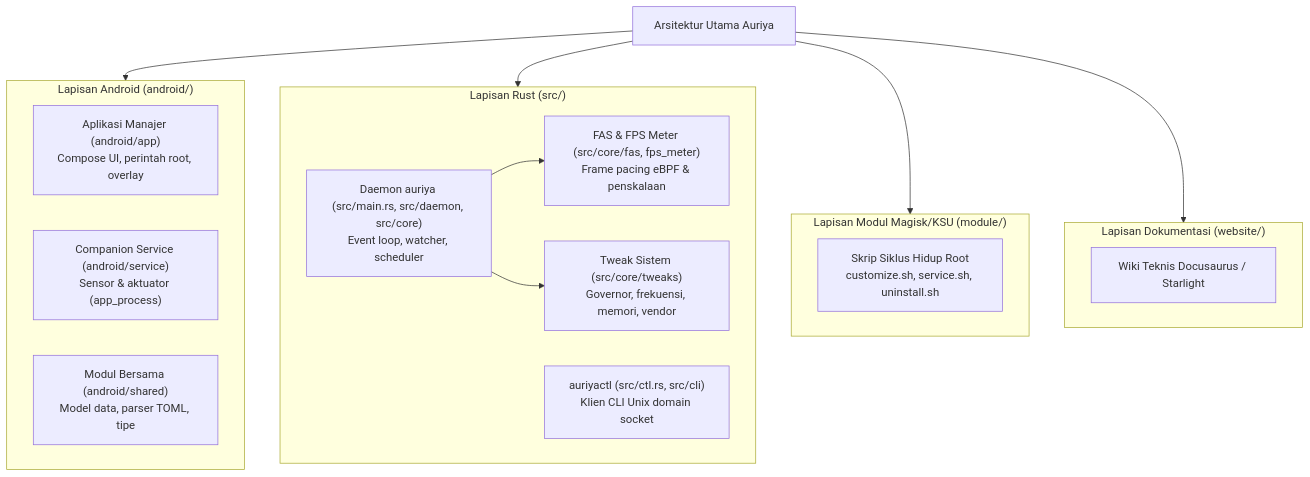
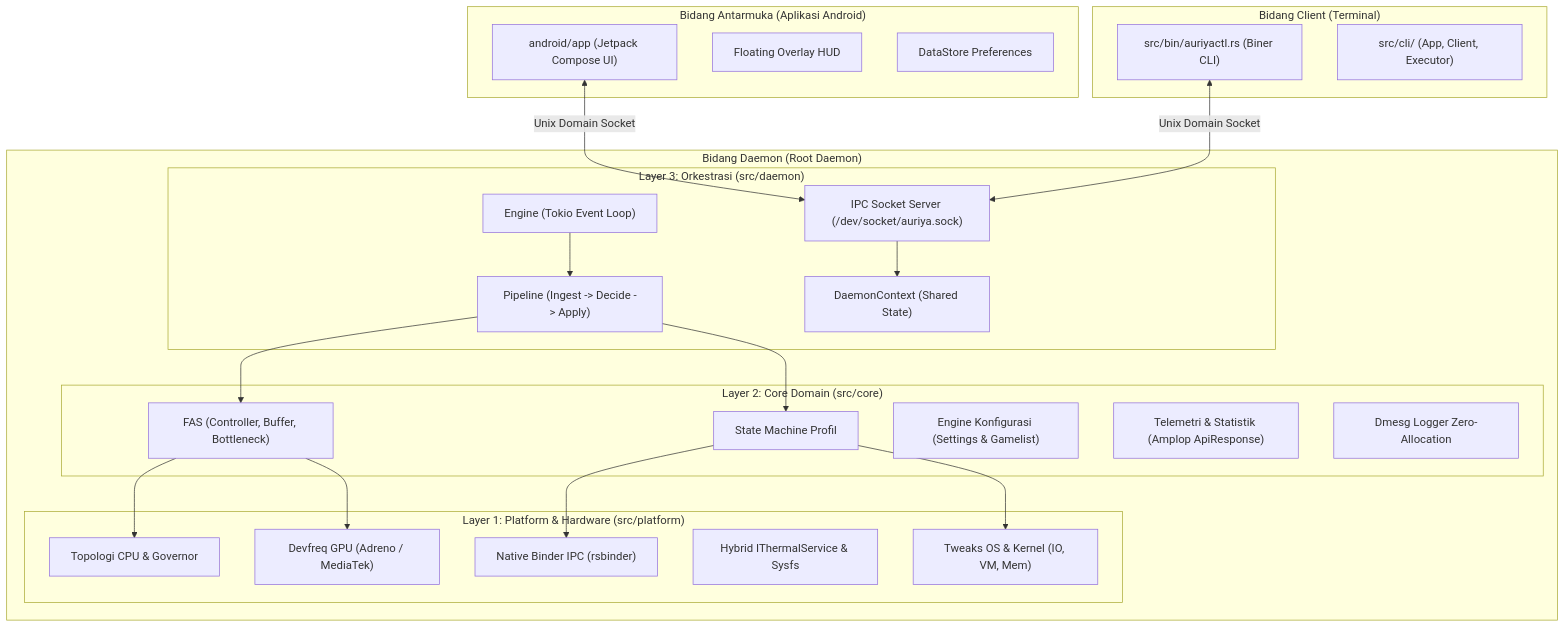
The diagram in src/content/docs/id/architecture/components.md (pavelc4/auriya-wiki), drawn with Mermaid before and after one commit. The commit also changed other lines of this file and 42 other files, not shown here.

Commit message:
docs: overhaul architecture documentation for v2.2.0 Native Binder IPC

````diff
--- a/src/content/docs/id/architecture/components.md
+++ b/src/content/docs/id/architecture/components.md
@@ -48,33 +6,49 @@
 ```mermaid
 flowchart TD
-    root["Arsitektur Utama Auriya"]
-    
-    subgraph android_plane ["Lapisan Android (android/)"]
-        app["Aplikasi Manajer (android/app)<br/>Compose UI, perintah root, overlay"]
-        comp["Companion Service (android/service)<br/>Sensor & aktuator (app_process)"]
-        shared["Modul Bersama (android/shared)<br/>Model data, parser TOML, tipe"]
+    subgraph UI ["Bidang Antarmuka (Aplikasi Android)"]
+        app["android/app (Jetpack Compose UI)"]
+        overlay["Floating Overlay HUD"]
+        prefs["DataStore Preferences"]
     end
 
-    subgraph rust_plane ["Lapisan Rust (src/)"]
-        daemon["Daemon auriya (src/main.rs, src/daemon, src/core)<br/>Event loop, watcher, scheduler"]
-        fas["FAS & FPS Meter (src/core/fas, fps_meter)<br/>Frame pacing eBPF & penskalaan"]
-        tweaks["Tweak Sistem (src/core/tweaks)<br/>Governor, frekuensi, memori, vendor"]
-        ctl["auriyactl (src/ctl.rs, src/cli)<br/>Klien CLI Unix domain socket"]
+    subgraph CLI ["Bidang Client (Terminal)"]
+        ctl["src/bin/auriyactl.rs (Biner CLI)"]
+        cli_lib["src/cli/ (App, Client, Executor)"]
     end
 
-    subgraph module_plane ["Lapisan Modul Magisk/KSU (module/)"]
-        scripts["Skrip Siklus Hidup Root<br/>customize.sh, service.sh, uninstall.sh"]
+    subgraph Daemon ["Bidang Daemon (Root Daemon)"]
+        subgraph L3 ["Layer 3: Orkestrasi (src/daemon)"]
+            ctx["DaemonContext (Shared State)"]
+            pipeline["Pipeline (Ingest -> Decide -> Apply)"]
+            engine["Engine (Tokio Event Loop)"]
+            ipc["IPC Socket Server (/dev/socket/auriya.sock)"]
+        end
+
+        subgraph L2 ["Layer 2: Core Domain (src/core)"]
+            fas["FAS (Controller, Buffer, Bottleneck)"]
+            profile["State Machine Profil"]
+            config["Engine Konfigurasi (Settings & Gamelist)"]
+            stats["Telemetri & Statistik (Amplop ApiResponse)"]
+            logger["Dmesg Logger Zero-Allocation"]
+        end
+
+        subgraph L1 ["Layer 1: Platform & Hardware (src/platform)"]
+            binder["Native Binder IPC (rsbinder)"]
+            cpu["Topologi CPU & Governor"]
+            gpu["Devfreq GPU (Adreno / MediaTek)"]
+            thermal["Hybrid IThermalService & Sysfs"]
+            common["Tweaks OS & Kernel (IO, VM, Mem)"]
+        end
     end
 
-    subgraph doc_plane ["Lapisan Dokumentasi (website/)"]
-        wiki["Wiki Teknis Docusaurus / Starlight"]
-    end
-
-    root --> android_plane
-    root --> rust_plane
-    root --> module_plane
-    root --> doc_plane
-
-    daemon --> fas
-    daemon --> tweaks
+    app <-->|Unix Domain Socket| ipc
+    ctl <-->|Unix Domain Socket| ipc
+    ipc --> ctx
+    engine --> pipeline
+    pipeline --> fas
+    pipeline --> profile
+    fas --> cpu
+    fas --> gpu
+    profile --> binder
+    profile --> common
 ```
````
